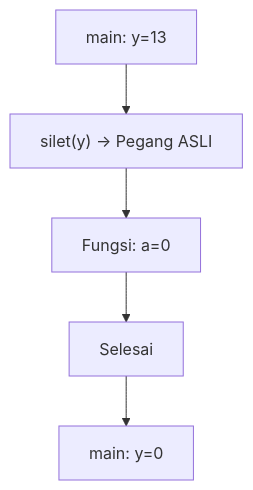
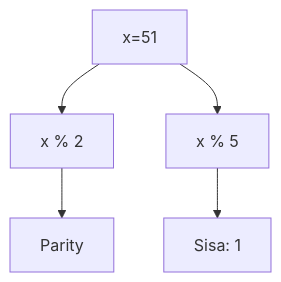
Before and after one commit to amnahwaida/OSNK_INF_PREP: the second of 25 diagrams in part-c-pemahaman-cpp/04-fungsi/latihan/set-10.md, drawn with Mermaid. The commit also changed other lines of this file and 71 other files, not shown here.

````diff
--- a/part-c-pemahaman-cpp/04-fungsi/latihan/set-10.md
+++ b/part-c-pemahaman-cpp/04-fungsi/latihan/set-10.md
@@ -62,7 +54,7 @@
 ```mermaid
 graph TD
-    A[main: y=13] --> B["silet(y) -> Pegang ASLI"]
-    B --> C[Fungsi: a=0]
-    C --> D[Selesai]
-    D --> E[main: y=0]
+A[x=51] --> B[x % 2]
+B --> C[Parity]
+A --> D[x % 5]
+D --> E[Sisa: 1]
 ```
````
